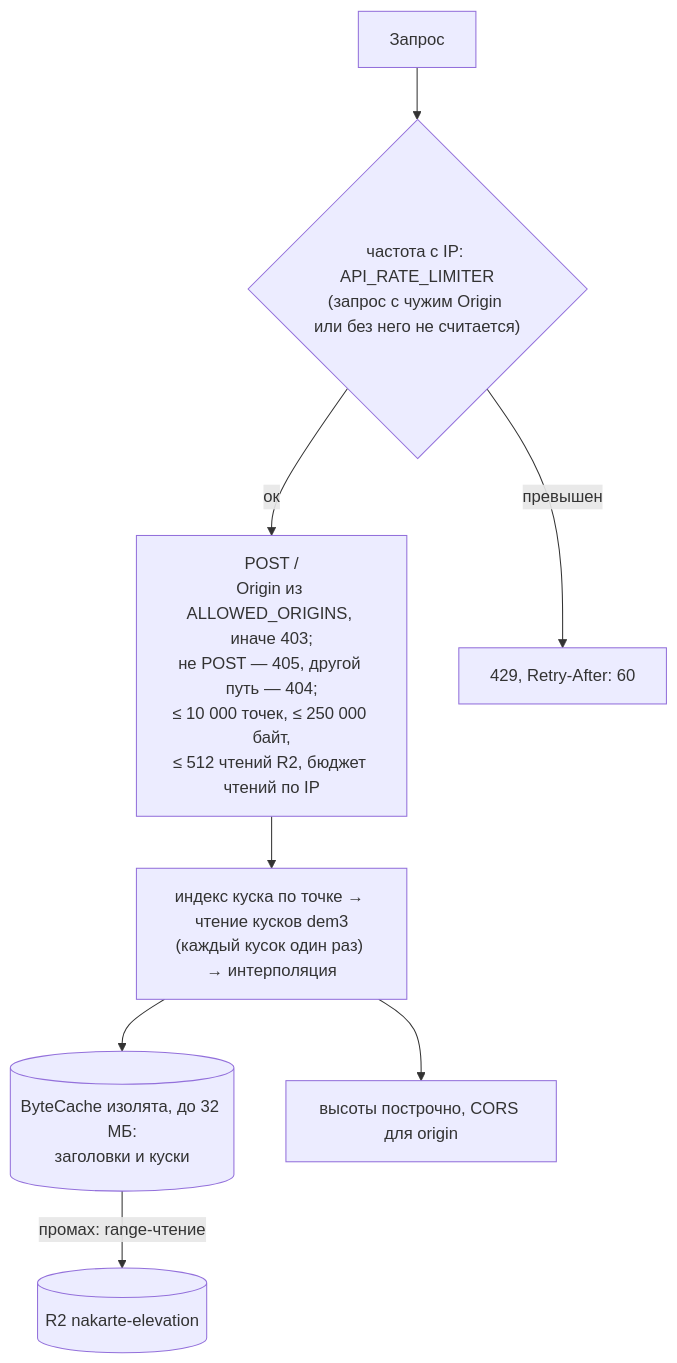
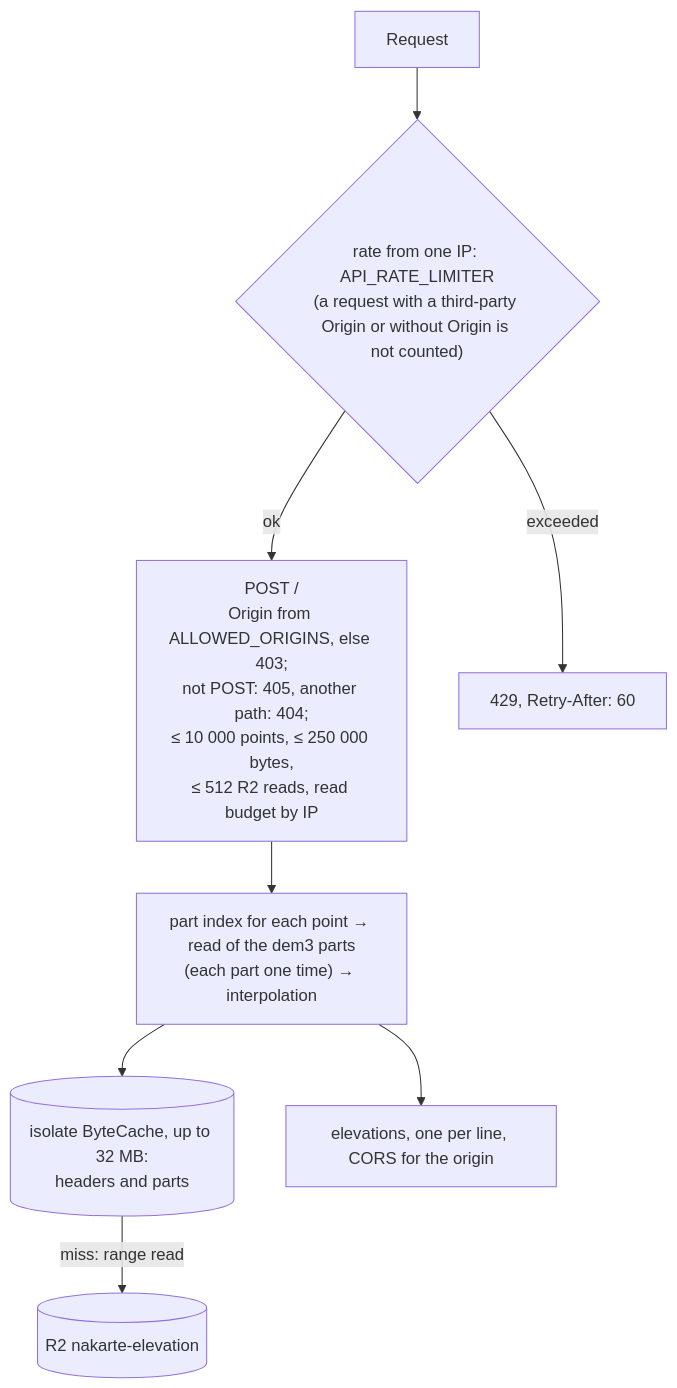
One commit to sergeycw/nakarte changed the third of 3 diagrams in docs/architecture/elevation.md. Above: the diagram before and after it, drawn with Mermaid. The commit also changed other lines of this file and 11 other files, not shown here.

````diff
--- a/docs/architecture/elevation.md
+++ b/docs/architecture/elevation.md
@@ -44,17 +44,17 @@
 ```mermaid
 flowchart TD
-    req["Запрос"]
-    rl{"частота с IP: API_RATE_LIMITER<br/>(запрос с чужим Origin или без него не считается)"}
-    api["POST /<br/>Origin из ALLOWED_ORIGINS, иначе 403;<br/>не POST — 405, другой путь — 404;<br/>≤ 10 000 точек, ≤ 250 000 байт,<br/>≤ 512 чтений R2, бюджет чтений по IP"]
-    pts["индекс куска по точке → чтение кусков dem3<br/>(каждый кусок один раз) → интерполяция"]
-    cache[("ByteCache изолята, до 32 МБ:<br/>заголовки и куски")]
+    req["Request"]
+    rl{"rate from one IP: API_RATE_LIMITER<br/>(a request with a third-party Origin or without Origin is not counted)"}
+    api["POST /<br/>Origin from ALLOWED_ORIGINS, else 403;<br/>not POST: 405, another path: 404;<br/>≤ 10 000 points, ≤ 250 000 bytes,<br/>≤ 512 R2 reads, read budget by IP"]
+    pts["part index for each point → read of the dem3 parts<br/>(each part one time) → interpolation"]
+    cache[("isolate ByteCache, up to 32 MB:<br/>headers and parts")]
     r2[("R2 nakarte-elevation")]
-    apiresp["высоты построчно, CORS для origin"]
+    apiresp["elevations, one per line, CORS for the origin"]
     r429["429, Retry-After: 60"]
 
     req --> rl
-    rl -->|"превышен"| r429
-    rl -->|"ок"| api --> pts --> apiresp
+    rl -->|"exceeded"| r429
+    rl -->|"ok"| api --> pts --> apiresp
     pts --> cache
-    cache -->|"промах: range-чтение"| r2
+    cache -->|"miss: range read"| r2
 ```
````
